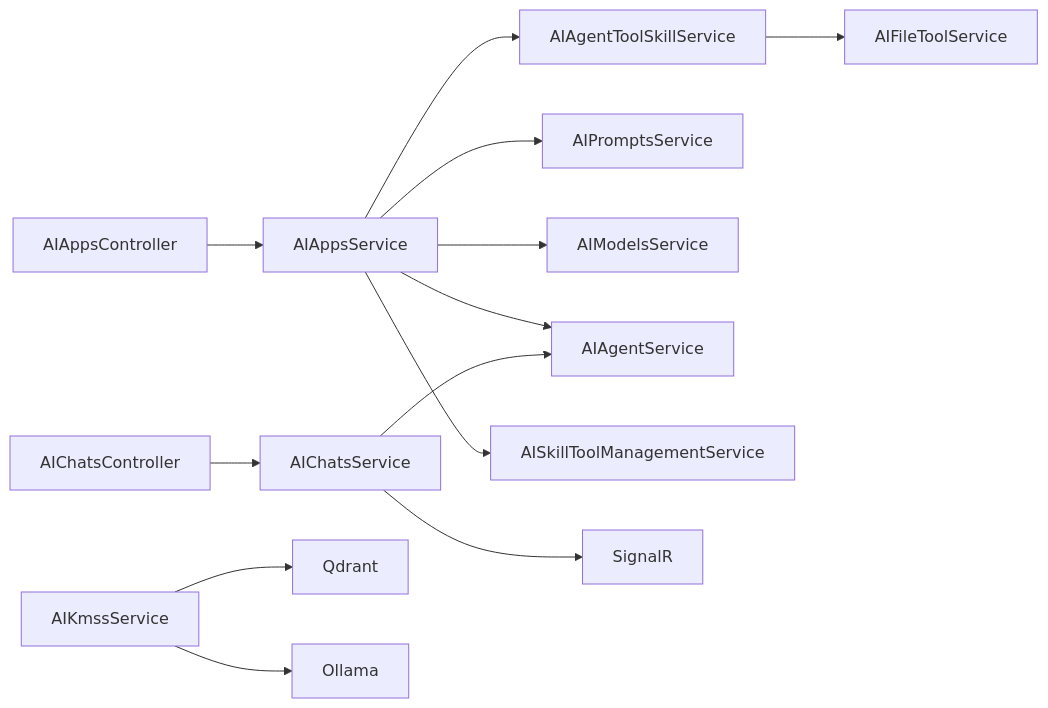
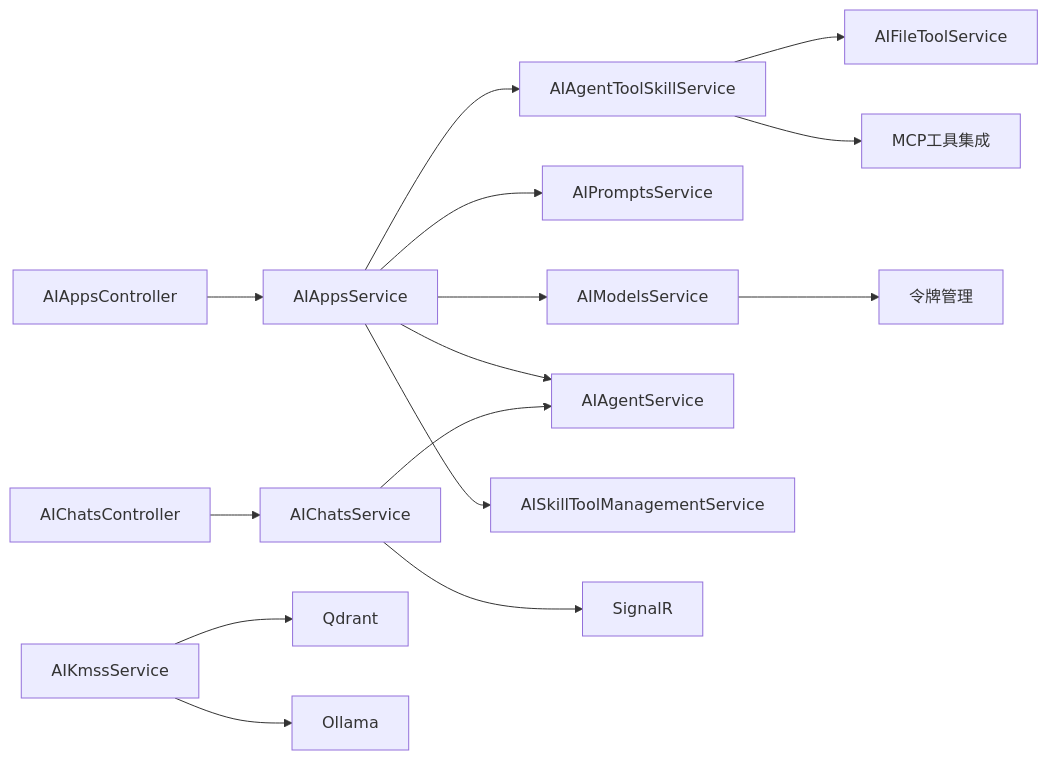
Diagram 11 of 11 in .qoder/repowiki/zh/content/核心模块/AI智能助手/AI智能助手.md (junkai-li/NetCoreKevin), drawn with Mermaid before and after one commit. The commit also changed other lines of this file and 41 other files, not shown here.

````diff
--- a/.qoder/repowiki/zh/content/核心模块/AI智能助手/AI智能助手.md
+++ b/.qoder/repowiki/zh/content/核心模块/AI智能助手/AI智能助手.md
@@ -432,15 +533,17 @@
 ```mermaid
 graph LR
 CtrlApps["AIAppsController"] --> SvcApps["AIAppsService"]
 CtrlChats["AIChatsController"] --> SvcChats["AIChatsService"]
 SvcApps --> ToolSvc["AIAgentToolSkillService"]
 SvcApps --> PromptSvc["AIPromptsService"]
 SvcApps --> ModelSvc["AIModelsService"]
 SvcApps --> AgentSvc["AIAgentService"]
 SvcChats --> AgentSvc
 SvcApps --> SkillMgr["AISkillToolManagementService"]
 SvcChats --> SignalR["SignalR"]
 SvcKms["AIKmssService"] --> Qdrant["Qdrant"]
 SvcKms --> Ollama["Ollama"]
 ToolSvc --> FileSvc["AIFileToolService"]
+ToolSvc --> MCP["MCP工具集成"]
+ModelSvc --> Tokens["令牌管理"]
 ```
````
